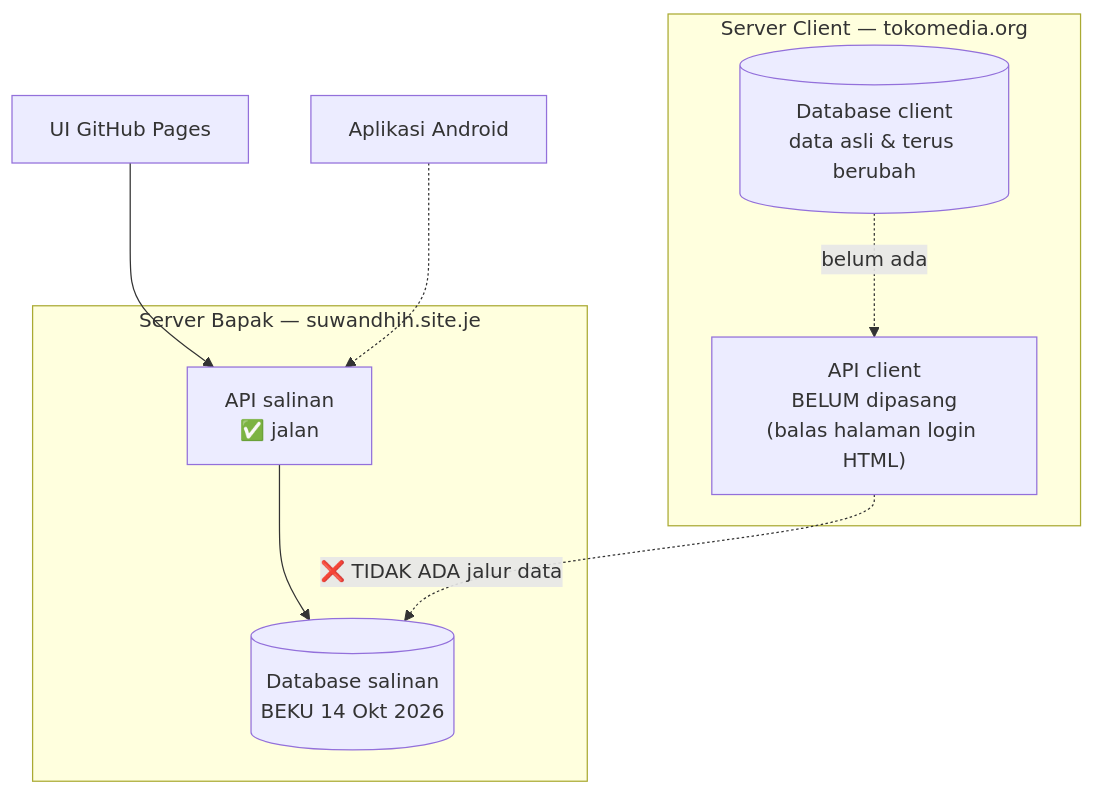
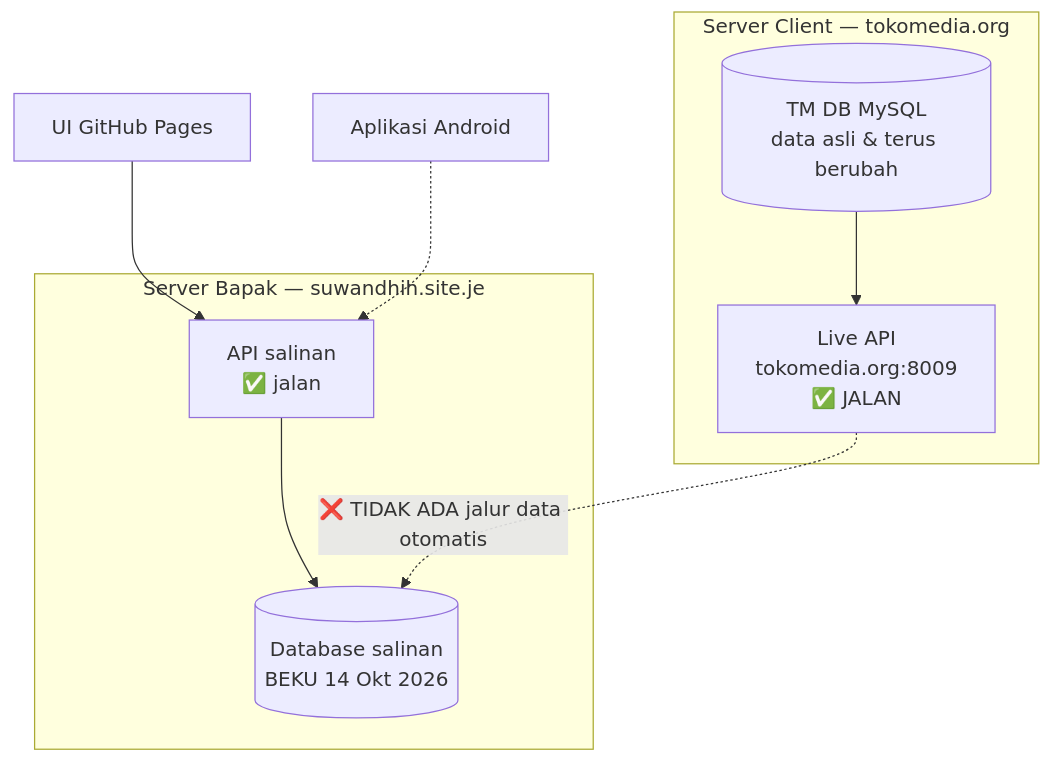
The second of 2 diagrams in rencanakerja.md (suwandhih/TokoMedia), drawn with Mermaid before and after one commit. The commit also changed other lines of this file, not shown here.

First line of the commit message:
docs(rencanakerja): catat temuan Live API client di tokomedia.org:8009

````diff
--- a/rencanakerja.md
+++ b/rencanakerja.md
@@ -417,19 +473,19 @@
 ```mermaid
 flowchart TB
     subgraph CLIENT["Server Client — tokomedia.org"]
-        CDB[("Database client<br/>data asli & terus berubah")]
-        CAPI["API client<br/>BELUM dipasang<br/>(balas halaman login HTML)"]
-        CDB -.->|"belum ada"| CAPI
+        CDB[("TM DB MySQL<br/>data asli & terus berubah")]
+        CAPI["Live API<br/>tokomedia.org:8009<br/>✅ JALAN"]
+        CDB --> CAPI
     end
 
     subgraph BAPAK["Server Bapak — suwandhih.site.je"]
         BDB[("Database salinan<br/>BEKU 14 Okt 2026")]
         BAPI["API salinan<br/>✅ jalan"]
         BAPI --> BDB
     end
 
-    CAPI -.->|"❌ TIDAK ADA jalur data"| BDB
+    CAPI -.->|"❌ TIDAK ADA jalur data otomatis"| BDB
 
     UI["UI GitHub Pages"] --> BAPI
     AND["Aplikasi Android"] -.-> BAPI
 ```
````
